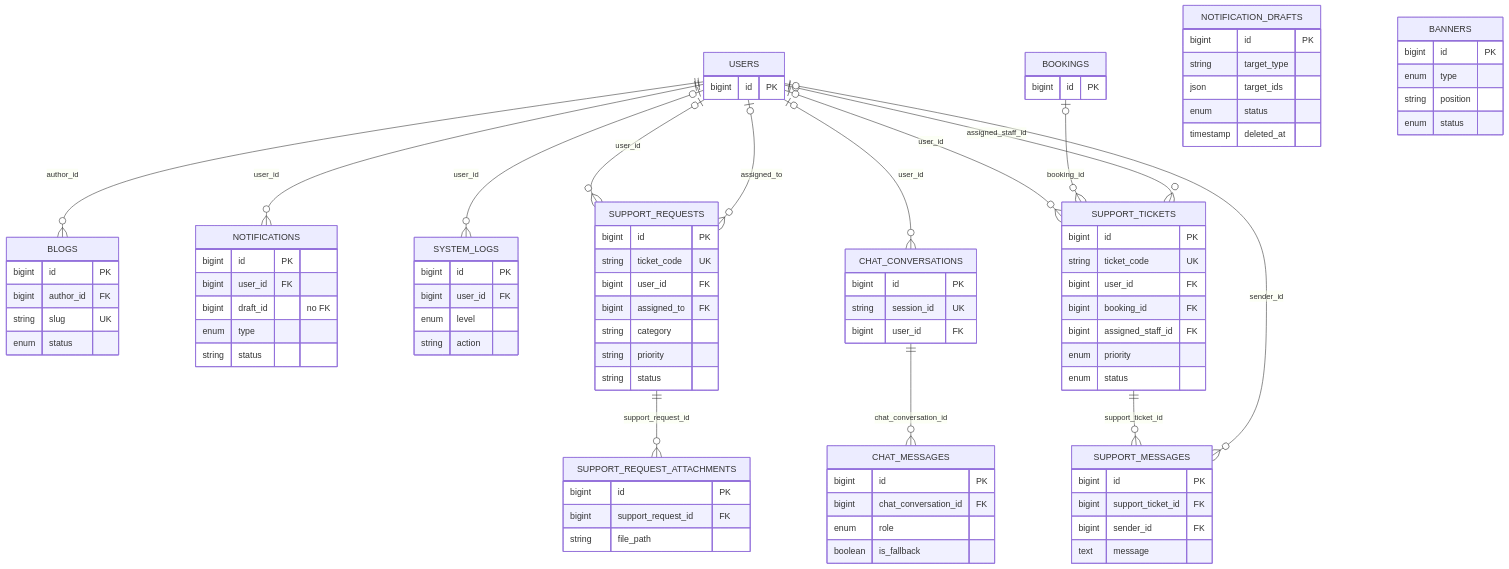
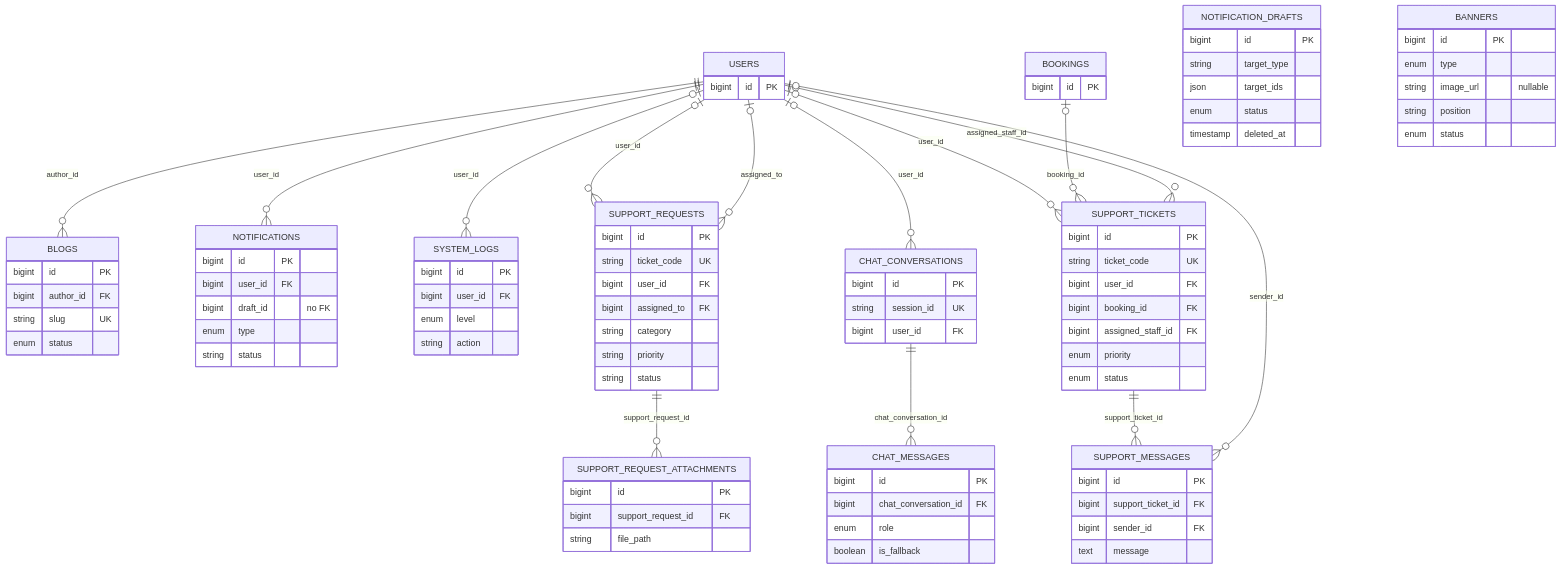
One commit to phamhoaithu2006/DATN_WD-01 changed the sixth of 7 diagrams in docs/reverse-engineering/07-database-erd.md. Above: the diagram before and after it, drawn with Mermaid. The commit also changed other lines of this file and 53 other files, not shown here.

````diff
--- a/docs/reverse-engineering/07-database-erd.md
+++ b/docs/reverse-engineering/07-database-erd.md
@@ -351,30 +351,30 @@
 ```mermaid
 erDiagram
     USERS ||--o{ BLOGS : author_id
     USERS ||--o{ NOTIFICATIONS : user_id
     USERS o|--o{ SYSTEM_LOGS : user_id
     USERS o|--o{ SUPPORT_TICKETS : user_id
     BOOKINGS o|--o{ SUPPORT_TICKETS : booking_id
     USERS o|--o{ SUPPORT_TICKETS : assigned_staff_id
     SUPPORT_TICKETS ||--o{ SUPPORT_MESSAGES : support_ticket_id
     USERS o|--o{ SUPPORT_MESSAGES : sender_id
     USERS o|--o{ CHAT_CONVERSATIONS : user_id
     CHAT_CONVERSATIONS ||--o{ CHAT_MESSAGES : chat_conversation_id
     USERS o|--o{ SUPPORT_REQUESTS : user_id
     USERS o|--o{ SUPPORT_REQUESTS : assigned_to
     SUPPORT_REQUESTS ||--o{ SUPPORT_REQUEST_ATTACHMENTS : support_request_id
 
     USERS { bigint id PK }
     BOOKINGS { bigint id PK }
     BLOGS { bigint id PK bigint author_id FK string slug UK enum status }
     NOTIFICATIONS { bigint id PK bigint user_id FK bigint draft_id "no FK" enum type string status }
     NOTIFICATION_DRAFTS { bigint id PK string target_type json target_ids enum status timestamp deleted_at }
     SYSTEM_LOGS { bigint id PK bigint user_id FK enum level string action }
     SUPPORT_TICKETS { bigint id PK string ticket_code UK bigint user_id FK bigint booking_id FK bigint assigned_staff_id FK enum priority enum status }
     SUPPORT_MESSAGES { bigint id PK bigint support_ticket_id FK bigint sender_id FK text message }
-    BANNERS { bigint id PK enum type string position enum status }
+    BANNERS { bigint id PK enum type string image_url "nullable" string position enum status }
     CHAT_CONVERSATIONS { bigint id PK string session_id UK bigint user_id FK }
     CHAT_MESSAGES { bigint id PK bigint chat_conversation_id FK enum role boolean is_fallback }
     SUPPORT_REQUESTS { bigint id PK string ticket_code UK bigint user_id FK bigint assigned_to FK string category string priority string status }
     SUPPORT_REQUEST_ATTACHMENTS { bigint id PK bigint support_request_id FK string file_path }
 ```
````
